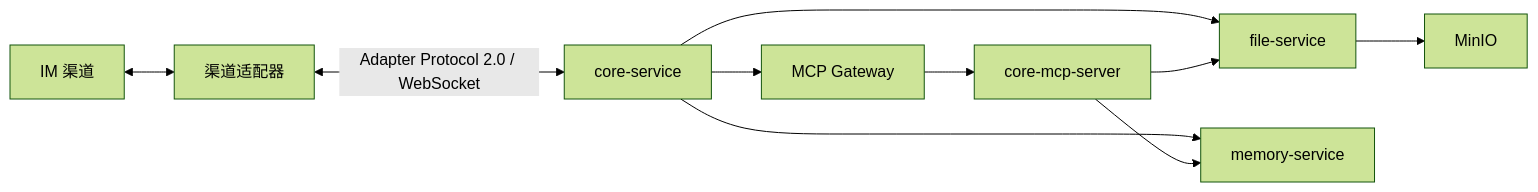
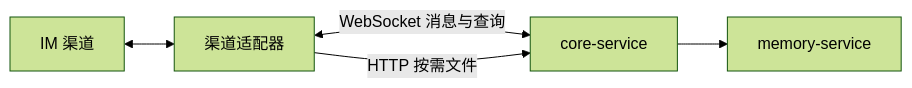
Before and after one commit to tamakara/AIChan: the diagram in README.md, drawn with Mermaid (forest theme). The commit also changed other lines of this file and 74 other files, not shown here.

````diff
--- a/README.md
+++ b/README.md
@@ -7,12 +7,7 @@
 ```mermaid
 flowchart LR
     IM[IM 渠道] <--> adapter[渠道适配器]
-    adapter <-->|Adapter Protocol 2.0 / WebSocket| core[core-service]
-    core --> gateway[MCP Gateway]
-    gateway --> tools[core-mcp-server]
-    core --> files[file-service]
-    tools --> files
+    adapter <-->|WebSocket 消息与查询| core[core-service]
+    adapter -->|HTTP 按需文件| core
     core --> memory[memory-service]
-    tools --> memory
-    files --> minio[MinIO]
 ```
````
